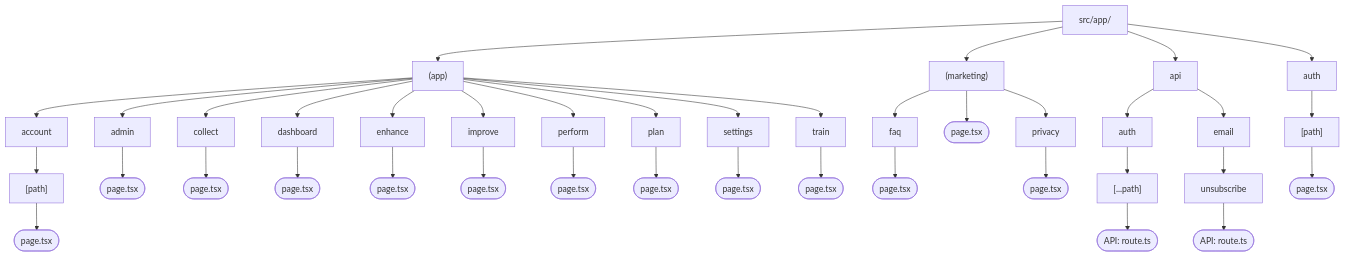
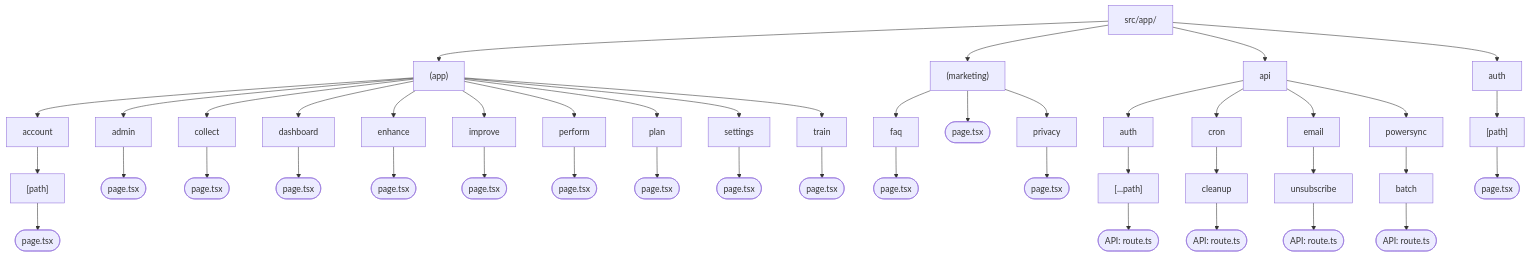
One commit to julienroussel/tml changed the diagram in docs/diagrams/route-map.md. Above: the diagram before and after it, drawn with Mermaid. The commit also changed other lines of this file and 57 other files, not shown here.

````diff
--- a/docs/diagrams/route-map.md
+++ b/docs/diagrams/route-map.md
@@ -7,42 +7,48 @@
 ```mermaid
 graph TD
   root["src/app/"]
   root --> n0["(app)"]
   n0 --> n1["account"]
   n1 --> n2["[path]"]
   n2 --> n3(["page.tsx"])
   n0 --> n4["admin"]
   n4 --> n5(["page.tsx"])
   n0 --> n6["collect"]
   n6 --> n7(["page.tsx"])
   n0 --> n8["dashboard"]
   n8 --> n9(["page.tsx"])
   n0 --> n10["enhance"]
   n10 --> n11(["page.tsx"])
   n0 --> n12["improve"]
   n12 --> n13(["page.tsx"])
   n0 --> n15["perform"]
   n15 --> n16(["page.tsx"])
   n0 --> n17["plan"]
   n17 --> n18(["page.tsx"])
   n0 --> n19["settings"]
   n19 --> n20(["page.tsx"])
   n0 --> n21["train"]
   n21 --> n22(["page.tsx"])
   root --> n23["(marketing)"]
   n23 --> n24["faq"]
   n24 --> n25(["page.tsx"])
   n23 --> n27(["page.tsx"])
   n23 --> n28["privacy"]
   n28 --> n29(["page.tsx"])
   root --> n30["api"]
   n30 --> n31["auth"]
   n31 --> n32["[...path]"]
   n32 --> n33(["API: route.ts"])
-  n30 --> n34["email"]
-  n34 --> n35["unsubscribe"]
+  n30 --> n34["cron"]
+  n34 --> n35["cleanup"]
   n35 --> n36(["API: route.ts"])
-  root --> n37["auth"]
-  n37 --> n38["[path]"]
-  n38 --> n39(["page.tsx"])
+  n30 --> n37["email"]
+  n37 --> n38["unsubscribe"]
+  n38 --> n39(["API: route.ts"])
+  n30 --> n40["powersync"]
+  n40 --> n41["batch"]
+  n41 --> n42(["API: route.ts"])
+  root --> n43["auth"]
+  n43 --> n44["[path]"]
+  n44 --> n45(["page.tsx"])
 ```
````
